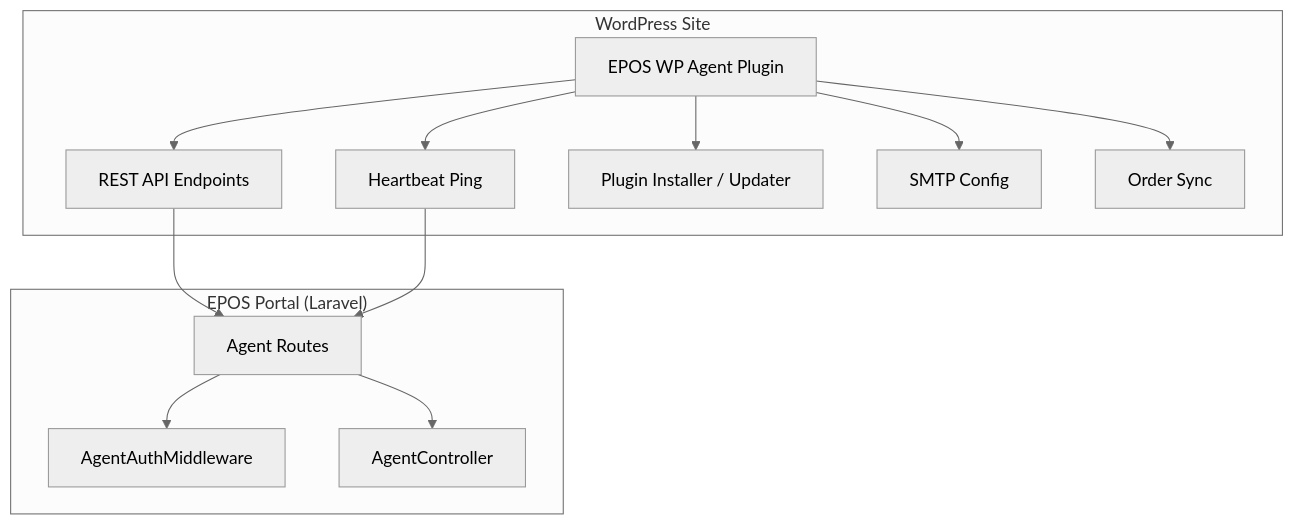
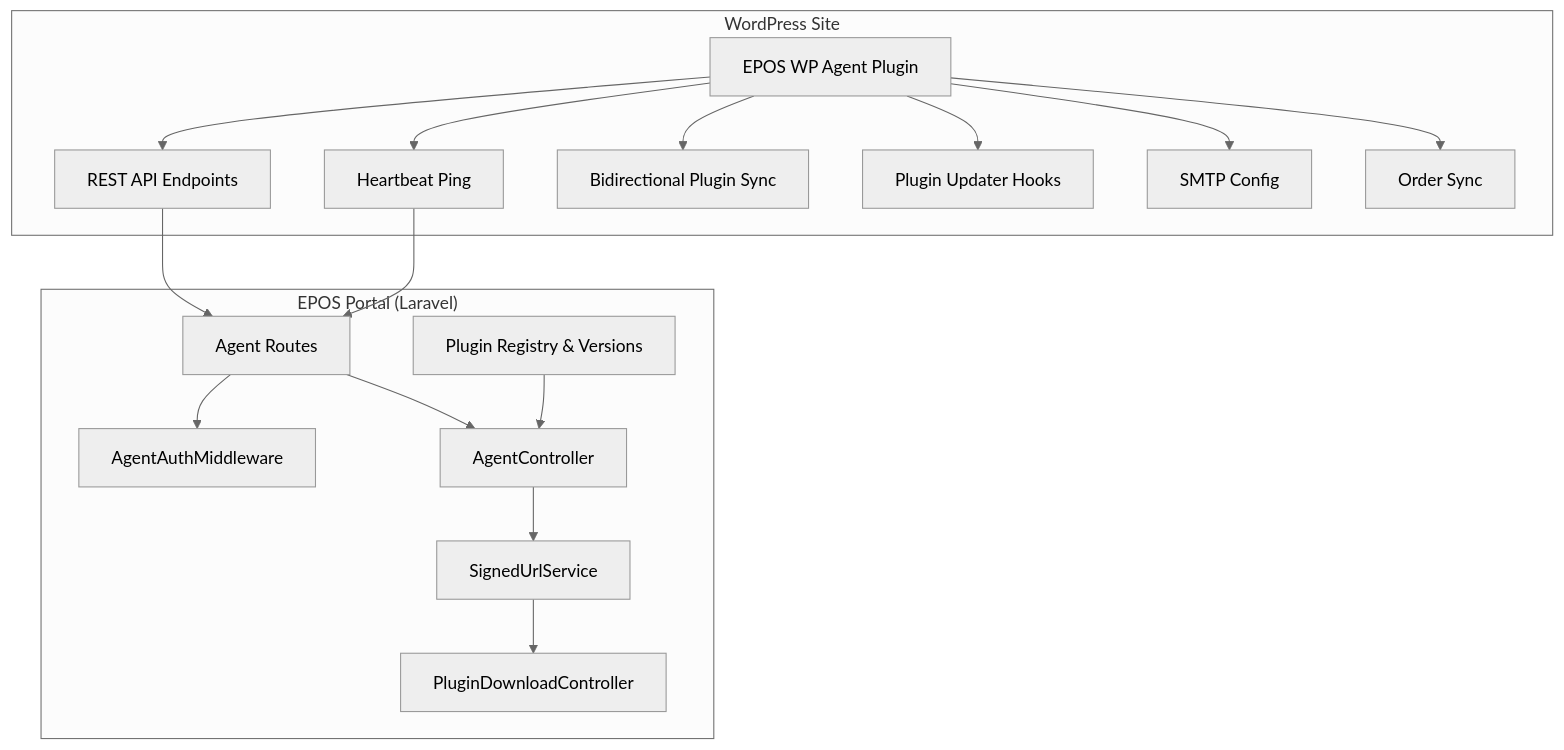
Before and after one commit to FCS-WP/website_portal: the first of 11 diagrams in .qoder/repowiki/en/content/WordPress Agent Integration/WordPress Agent Integration.md, drawn with Mermaid (neutral theme). The commit also changed other lines of this file and 89 other files, not shown here.

````diff
--- a/.qoder/repowiki/en/content/WordPress Agent Integration/WordPress Agent Integration.md
+++ b/.qoder/repowiki/en/content/WordPress Agent Integration/WordPress Agent Integration.md
@@ -42,25 +54,33 @@
 ```mermaid
 graph TB
 subgraph "WordPress Site"
 WP_Plugin["EPOS WP Agent Plugin"]
 WP_API["REST API Endpoints"]
 WP_Ping["Heartbeat Ping"]
-WP_Plugins["Plugin Installer / Updater"]
+WP_Plugins["Bidirectional Plugin Sync"]
+WP_Plugin_Updater["Plugin Updater Hooks"]
 WP_SMTP["SMTP Config"]
 WP_Order["Order Sync"]
 end
 subgraph "EPOS Portal (Laravel)"
 Portal_Routes["Agent Routes"]
 Portal_MW["AgentAuthMiddleware"]
 Portal_Ctrl["AgentController"]
+Portal_SignedURL["SignedUrlService"]
+Portal_Download["PluginDownloadController"]
+Portal_DB["Plugin Registry & Versions"]
 end
 WP_Plugin --> WP_API
 WP_Plugin --> WP_Ping
 WP_Plugin --> WP_Plugins
+WP_Plugin --> WP_Plugin_Updater
 WP_Plugin --> WP_SMTP
 WP_Plugin --> WP_Order
 WP_API --> Portal_Routes
 WP_Ping --> Portal_Routes
 Portal_Routes --> Portal_MW
 Portal_Routes --> Portal_Ctrl
+Portal_Ctrl --> Portal_SignedURL
+Portal_SignedURL --> Portal_Download
+Portal_DB --> Portal_Ctrl
 ```
````
